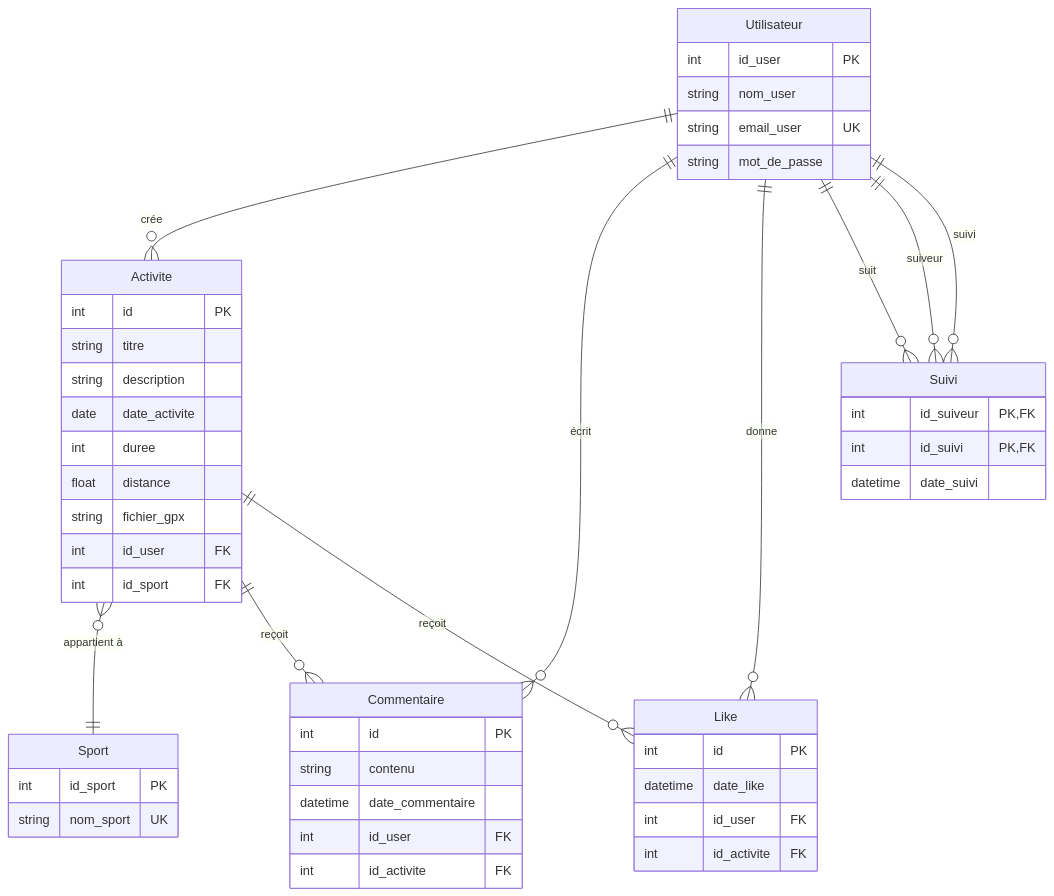
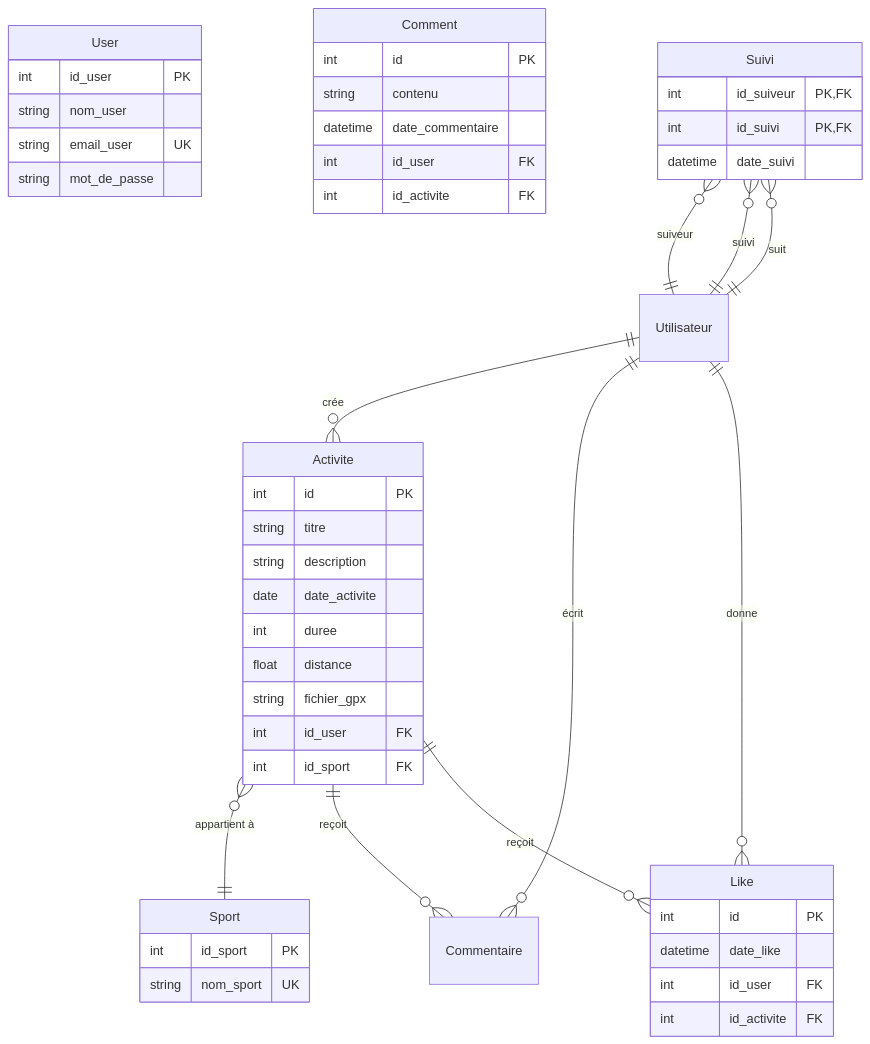
One commit to TeodoraHub/Info-2A-Strava changed the diagram in modèlle_physique_données.md. Above: the diagram before and after it, drawn with Mermaid.

````diff
--- a/modèlle_physique_données.md
+++ b/modèlle_physique_données.md
@@ -1,61 +1,61 @@
 ```mermaid
 erDiagram
-    Utilisateur {
+    User {
         int id_user PK
         string nom_user
         string email_user UK
         string mot_de_passe
     }
 
     Sport {
         int id_sport PK
         string nom_sport UK
     }
 
     Activite {
         int id PK
         string titre
         string description
         date date_activite
         int duree
         float distance
         string fichier_gpx
         int id_user FK
         int id_sport FK
     }
 
-    Commentaire {
+    Comment {
         int id PK
         string contenu
         datetime date_commentaire
         int id_user FK
         int id_activite FK
     }
 
     Like {
         int id PK
         datetime date_like
         int id_user FK
         int id_activite FK
     }
 
     Suivi {
         int id_suiveur PK, FK
         int id_suivi PK, FK
         datetime date_suivi
     }
 
 
     %% Relations
     Utilisateur ||--o{ Activite : "crée"
     Utilisateur ||--o{ Commentaire : "écrit"
     Utilisateur ||--o{ Like : "donne"
     Utilisateur ||--o{ Suivi : "suit"
 
     Activite }o--|| Sport : "appartient à"
     Activite ||--o{ Commentaire : "reçoit"
     Activite ||--o{ Like : "reçoit"
 
     Suivi }o--|| Utilisateur : "suiveur"
     Suivi }o--|| Utilisateur : "suivi"
 ```
````
